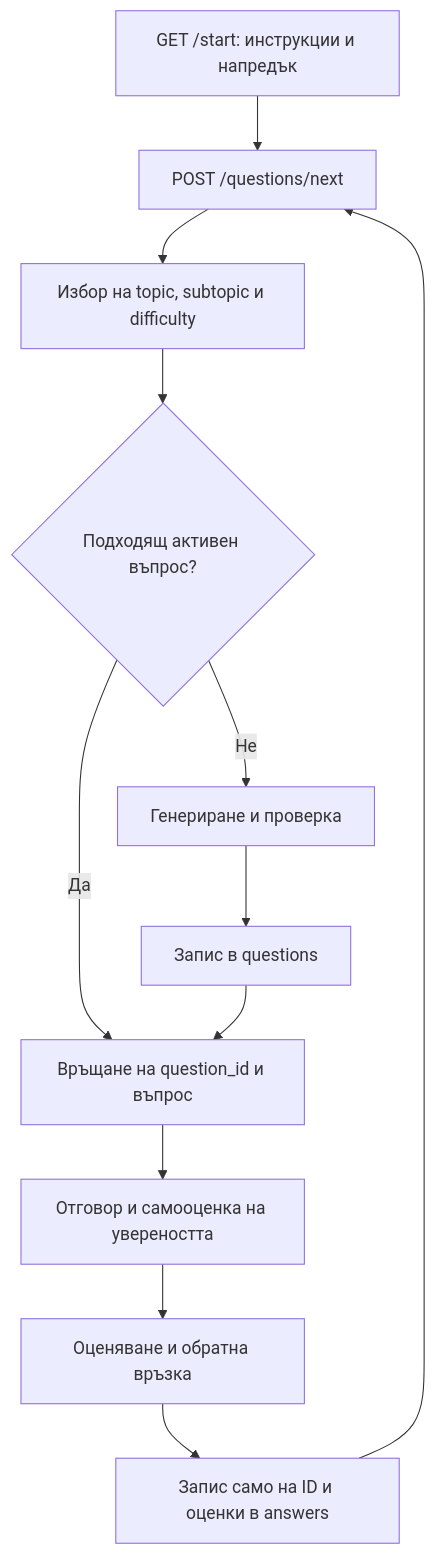
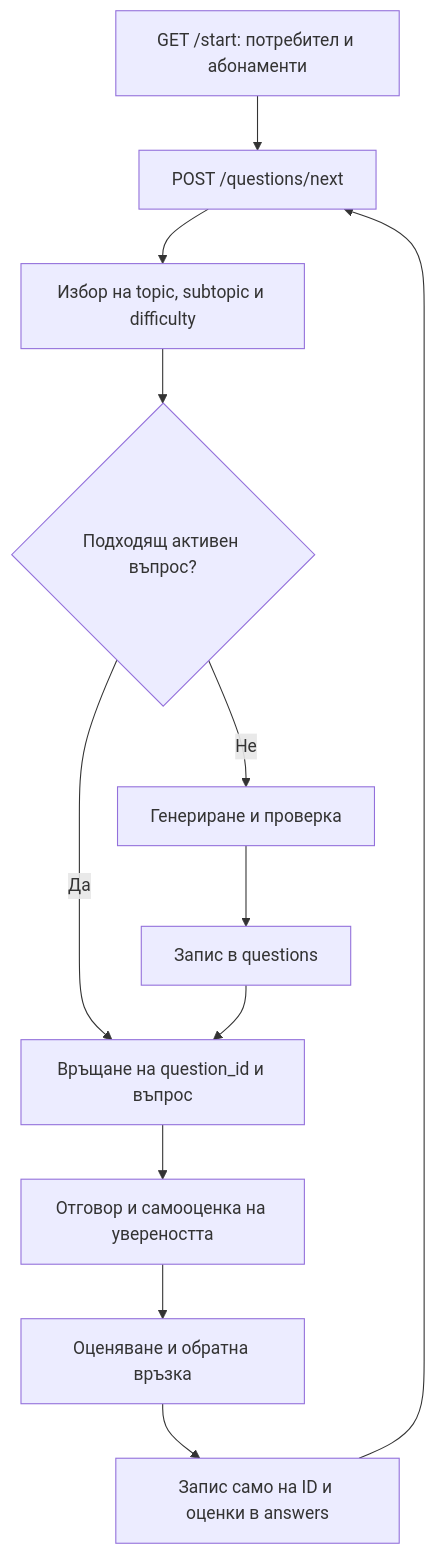
One commit to kalinpetrovbg/LearniKal changed the diagram in docs/learning-flow-proposal.md. Above: the diagram before and after it, drawn with Mermaid. The commit also changed other lines of this file and 10 other files, not shown here.

````diff
--- a/docs/learning-flow-proposal.md
+++ b/docs/learning-flow-proposal.md
@@ -7,14 +7,14 @@
 ```mermaid
 flowchart TD
-    A[GET /start: инструкции и напредък] --> B[POST /questions/next]
+    A[GET /start: потребител и абонаменти] --> B[POST /questions/next]
     B --> C[Избор на topic, subtopic и difficulty]
     C --> D{Подходящ активен въпрос?}
     D -->|Да| E[Връщане на question_id и въпрос]
     D -->|Не| F[Генериране и проверка]
     F --> G[Запис в questions]
     G --> E
     E --> H[Отговор и самооценка на увереността]
     H --> I[Оценяване и обратна връзка]
     I --> J[Запис само на ID и оценки в answers]
     J --> B
 ```
````
